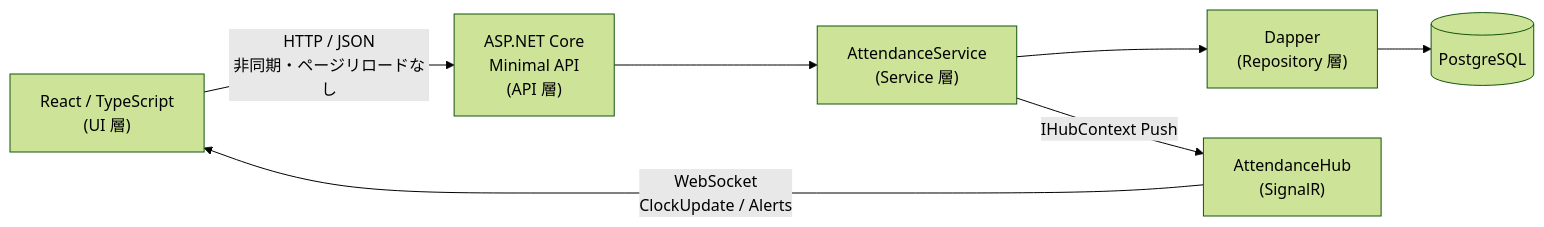
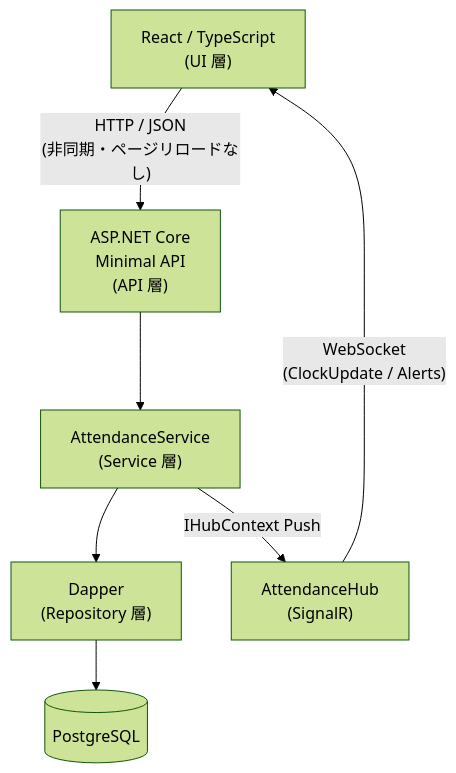
The second of 3 diagrams in README.md (yktsnet/attendance-system-migration), drawn with Mermaid (forest theme) before and after one commit. The commit also changed 5 other files, not shown here.

````diff
--- a/README.md
+++ b/README.md
@@ -131,15 +131,19 @@
 ```mermaid
-graph LR
+graph TD
     React["React / TypeScript\n(UI 層)"]
     API["ASP.NET Core\nMinimal API\n(API 層)"]
-    HUB["AttendanceHub\n(SignalR)"]
     SVC["AttendanceService\n(Service 層)"]
     DAP["Dapper\n(Repository 層)"]
     DB[("PostgreSQL")]
-    React -->|"HTTP / JSON\n非同期・ページリロードなし"| API
+    HUB["AttendanceHub\n(SignalR)"]
+
+    %% リクエストの流れ
+    React -->|"HTTP / JSON\n(非同期・ページリロードなし)"| API
     API --> SVC
     SVC --> DAP
     DAP --> DB
+
+    %% リアルタイムのループ
     SVC -->|"IHubContext Push"| HUB
-    HUB -->|"WebSocket\nClockUpdate / Alerts"| React
+    HUB -->|"WebSocket\n(ClockUpdate / Alerts)"| React
 ```
````
